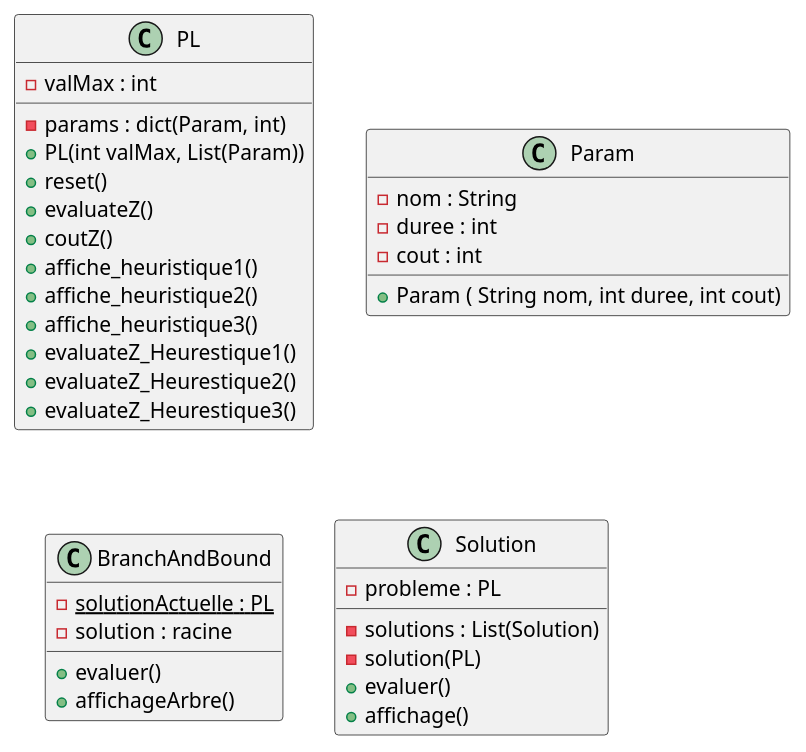
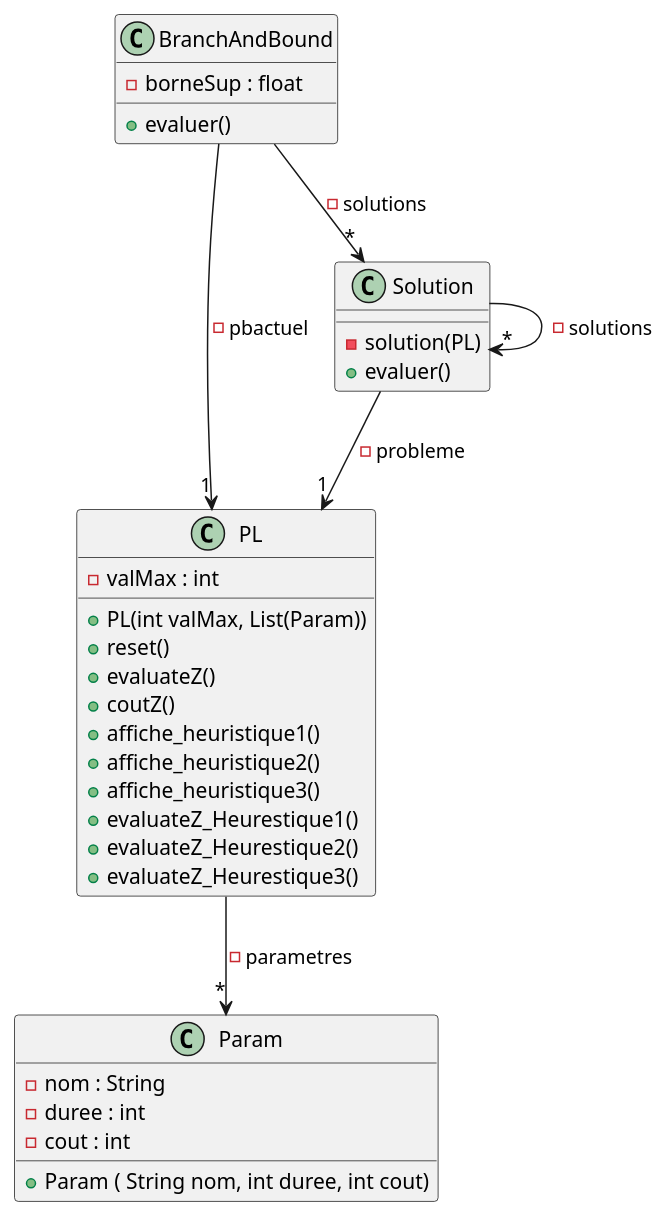
Before and after one commit to Reynault/Optimisation: the diagram in classes.puml, drawn with PlantUML. The commit also changed 2 other files, not shown here.

```diff
--- a/classes.puml
+++ b/classes.puml
@@ -1,40 +1,42 @@
 @startuml
 
 class PL{
     - valMax : int
-    - params : dict(Param, int)
     + PL(int valMax, List(Param))
     + reset()
     + evaluateZ()
     + coutZ()
     + affiche_heuristique1()
     + affiche_heuristique2()
     + affiche_heuristique3()
     + evaluateZ_Heurestique1()
     + evaluateZ_Heurestique2()
     + evaluateZ_Heurestique3()
 }
 
 class Param{
     - nom : String
     - duree : int
     - cout : int
     + Param ( String nom, int duree, int cout)
 }
  
 class BranchAndBound{
-    {static} - solutionActuelle : PL
-    - solution : racine
+    - borneSup : float
     + evaluer()
-    + affichageArbre()
 }
 
 class Solution{
-    - probleme : PL
-    - solutions : List(Solution)
     - solution(PL)
     + evaluer()
-    + affichage()
 }
 
+PL  --> "*" Param : - parametres
+
+BranchAndBound --> "*" Solution : - solutions
+BranchAndBound --> "1" PL : - pbactuel
+
+Solution --> "1" PL : - probleme
+Solution --> "*" Solution : - solutions
+
 @enduml
```
